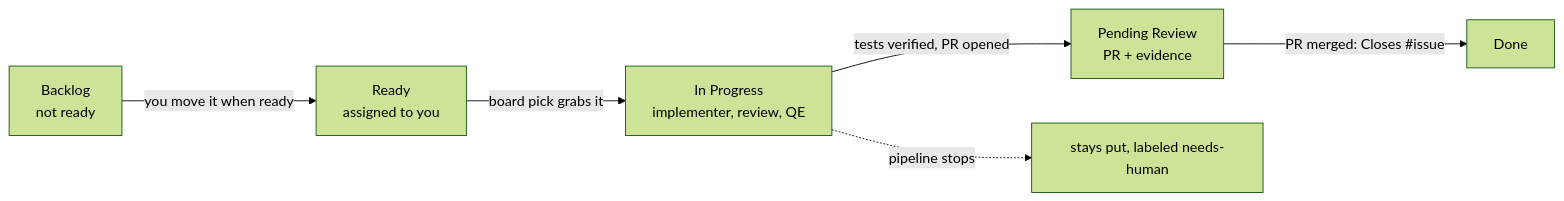
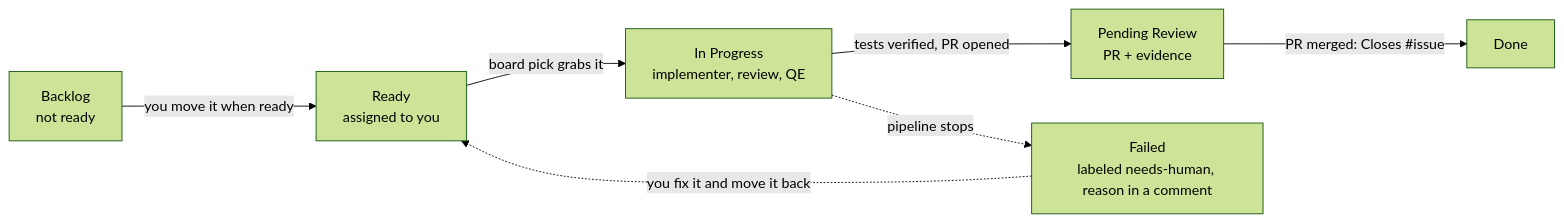
The diagram in docs/ai-pipeline/board.md (armandodollia-slalom/AI-Immersion-eShop), drawn with Mermaid (forest theme) before and after one commit. The commit also changed other lines of this file and 106 other files, not shown here.

````diff
--- a/docs/ai-pipeline/board.md
+++ b/docs/ai-pipeline/board.md
@@ -7,8 +7,9 @@
 ```mermaid
 flowchart LR
   B[Backlog<br/>not ready] -->|you move it when ready| T[Ready<br/>assigned to you]
   T -->|board pick grabs it| P[In Progress<br/>implementer, review, QE]
   P -->|tests verified, PR opened| R[Pending Review<br/>PR + evidence]
   R -->|PR merged: Closes #issue| D[Done]
-  P -.->|pipeline stops| H[stays put, labeled needs-human]
+  P -.->|pipeline stops| F[Failed<br/>labeled needs-human, reason in a comment]
+  F -.->|you fix it and move it back| T
 ```
````
